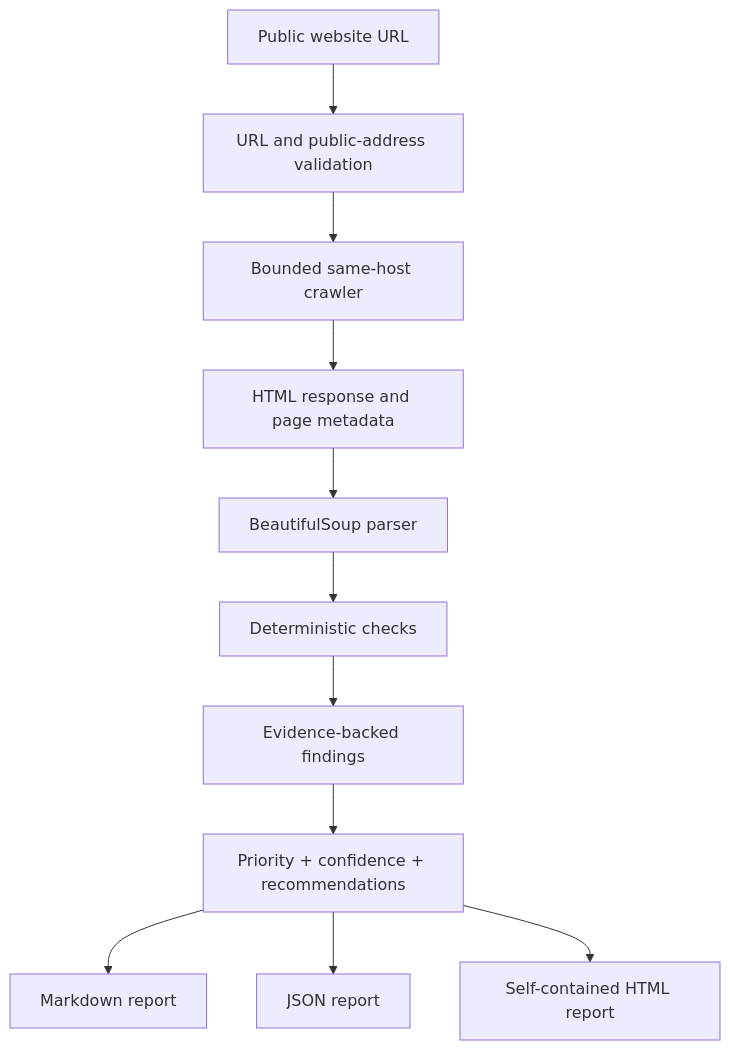
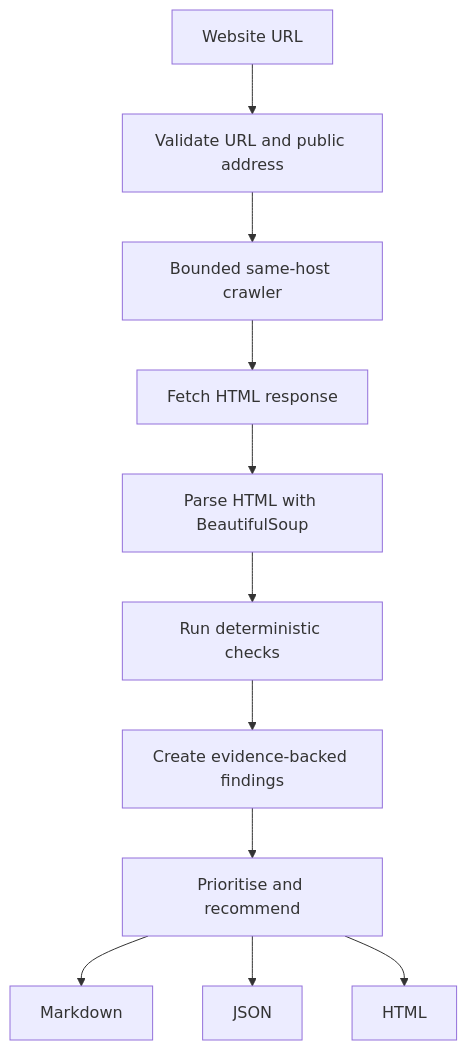
Before and after one commit to yerageracharan/website-revenue-leak-auditor: the diagram in README.md, drawn with Mermaid. The commit also changed other lines of this file, not shown here.

````diff
--- a/README.md
+++ b/README.md
@@ -214,13 +219,13 @@
-```mermaid
+~~~mermaid
 flowchart TD
-    A["Public website URL"] --> B["URL and public-address validation"]
+    A["Website URL"] --> B["Validate URL and public address"]
     B --> C["Bounded same-host crawler"]
-    C --> D["HTML response and page metadata"]
-    D --> E["BeautifulSoup parser"]
-    E --> F["Deterministic checks"]
-    F --> G["Evidence-backed findings"]
-    G --> H["Priority + confidence + recommendations"]
-    H --> I["Markdown report"]
-    H --> J["JSON report"]
-    H --> K["Self-contained HTML report"]
-```
+    C --> D["Fetch HTML response"]
+    D --> E["Parse HTML with BeautifulSoup"]
+    E --> F["Run deterministic checks"]
+    F --> G["Create evidence-backed findings"]
+    G --> H["Prioritise and recommend"]
+    H --> I["Markdown"]
+    H --> J["JSON"]
+    H --> K["HTML"]
+~~~
````
